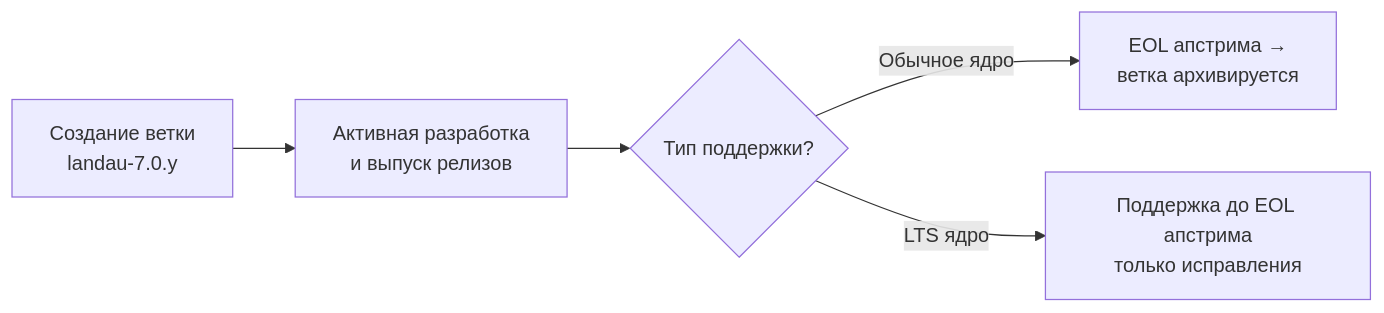
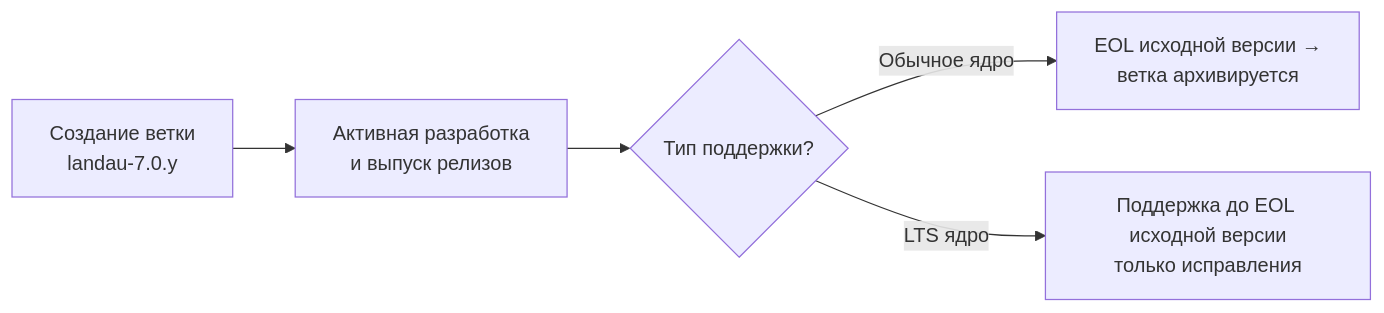
Before and after one commit to rulkc/landau: the first of 3 diagrams in landau-linux/maintenance.md, drawn with Mermaid. The commit also changed other lines of this file, not shown here.

````diff
--- a/landau-linux/maintenance.md
+++ b/landau-linux/maintenance.md
@@ -86,7 +86,7 @@
 ```mermaid
 graph LR
     A[Создание ветки<br>landau-7.0.y] --> B[Активная разработка<br>и выпуск релизов]
     B --> C{Тип поддержки?}
-    C -->|Обычное ядро| D[EOL апстрима →<br>ветка архивируется]
-    C -->|LTS ядро| E[Поддержка до EOL апстрима<br>только исправления]
+    C -->|Обычное ядро| D[EOL исходной версии →<br>ветка архивируется]
+    C -->|LTS ядро| E[Поддержка до EOL исходной версии<br>только исправления]
 ```
````
